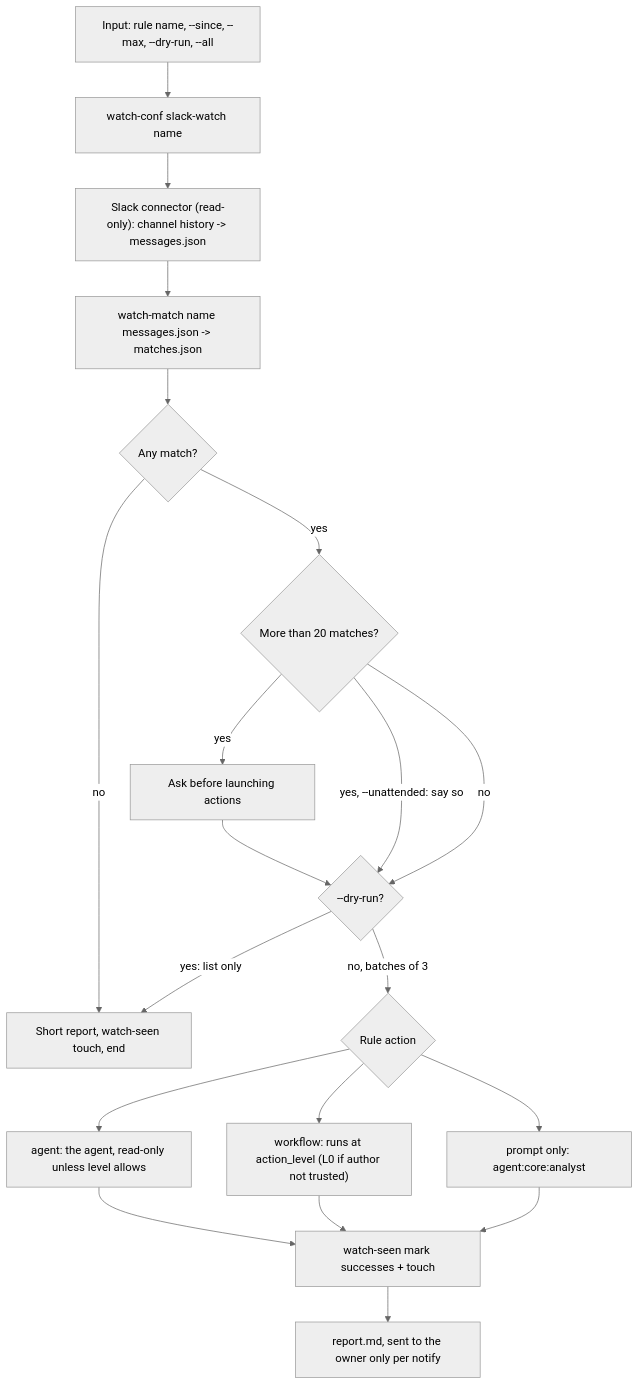
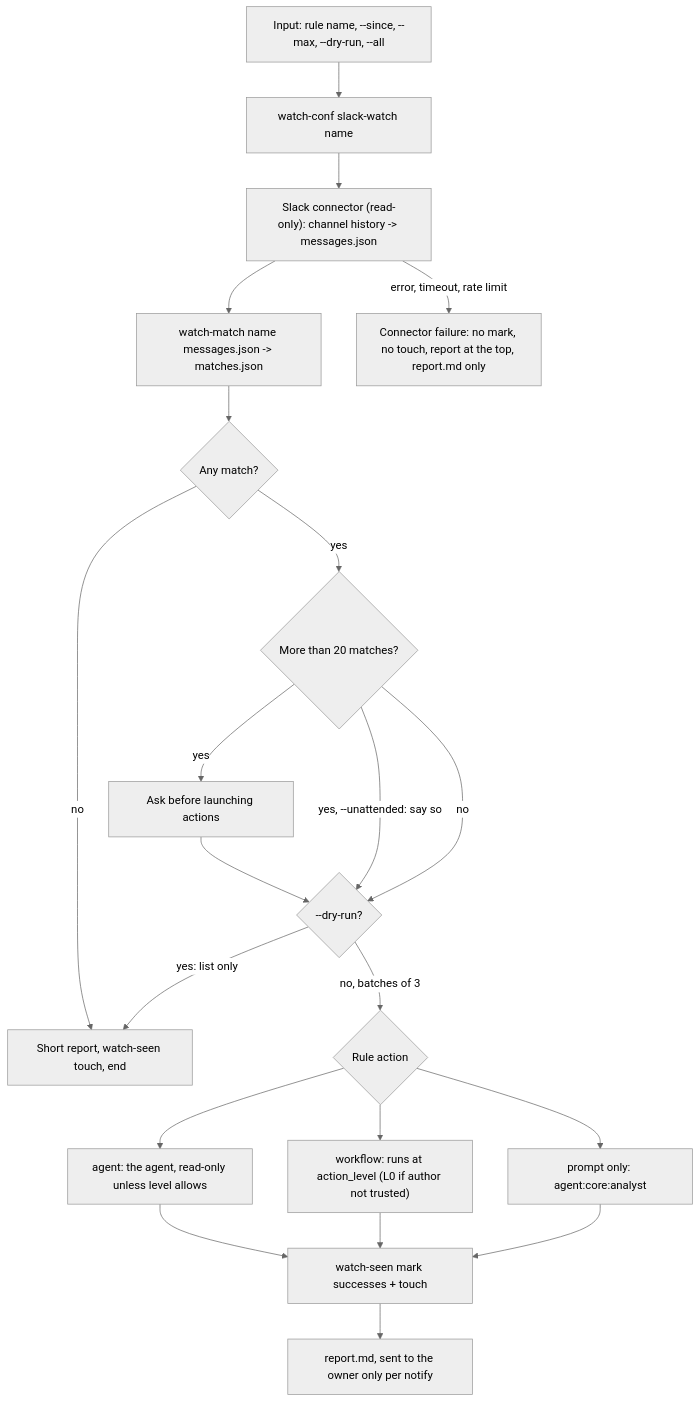
Before and after one commit to nicolasmondain/adorno: the second of 2 diagrams in src/workflows/slack/SCHEMA.md, drawn with Mermaid (neutral theme). The commit also changed other lines of this file and 24 other files, not shown here.

````diff
--- a/src/workflows/slack/SCHEMA.md
+++ b/src/workflows/slack/SCHEMA.md
@@ -27,30 +29,32 @@
 ```mermaid
 flowchart TD
   IN["Input: rule name, --since, --max, --dry-run, --all"]
   CF["watch-conf slack-watch name"]
   RD["Slack connector (read-only): channel history -> messages.json"]
   MT["watch-match name messages.json -> matches.json"]
   EM{"Any match?"}
   TC["Short report, watch-seen touch, end"]
   BIG{"More than 20 matches?"}
   ASK["Ask before launching actions"]
   DRY{"--dry-run?"}
   ACT{"Rule action"}
   AG["agent: the agent, read-only unless level allows"]
   WF["workflow: runs at action_level (L0 if author not trusted)"]
   PM["prompt only: agent:core:analyst"]
   MK["watch-seen mark successes + touch"]
   RP["report.md, sent to the owner only per notify"]
+  FAIL["Connector failure: no mark, no touch, report at the top, report.md only"]
   IN --> CF --> RD --> MT --> EM
+  RD -->|"error, timeout, rate limit"| FAIL
   EM -->|"no"| TC
   EM -->|"yes"| BIG
   BIG -->|"yes"| ASK --> DRY
   BIG -->|"yes, --unattended: say so"| DRY
   BIG -->|"no"| DRY
   DRY -->|"yes: list only"| TC
   DRY -->|"no, batches of 3"| ACT
   ACT --> AG --> MK
   ACT --> WF --> MK
   ACT --> PM --> MK
   MK --> RP
 ```
````
